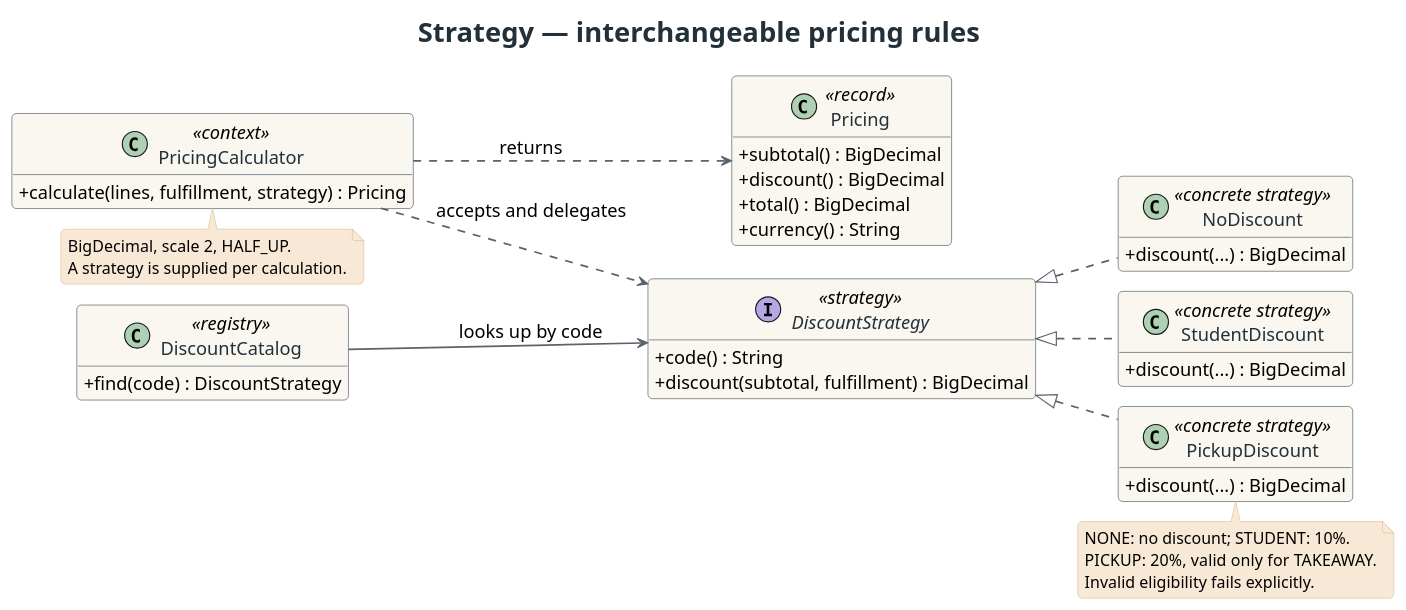
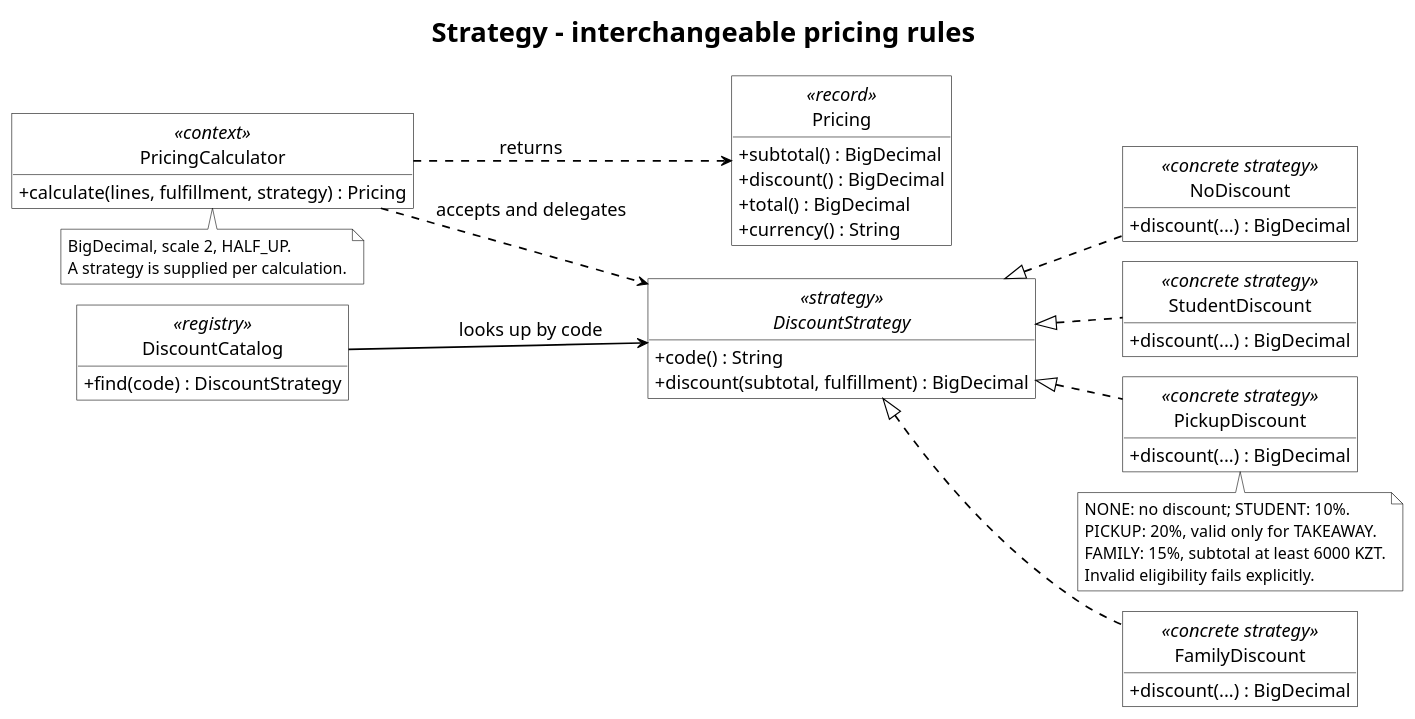
One commit to ANAYSSA/Final-Project-SDP changed the diagram in docs/uml/strategy.puml. Above: the diagram before and after it, drawn with PlantUML. The commit also changed 49 other files, not shown here.

```diff
--- a/docs/uml/strategy.puml
+++ b/docs/uml/strategy.puml
@@ -1,66 +1,74 @@
 @startuml
 !pragma layout smetana
 skinparam backgroundColor #FFFFFF
+skinparam monochrome true
+skinparam defaultFontColor #000000
+hide circle
 skinparam shadowing false
-skinparam roundcorner 8
+skinparam roundcorner 0
 skinparam defaultFontName SansSerif
 skinparam defaultFontSize 16
-skinparam ArrowColor #59636E
+skinparam ArrowColor #000000
 skinparam ArrowThickness 1.5
 skinparam classAttributeIconSize 0
-skinparam classBackgroundColor #FAF7F0
-skinparam classBorderColor #314047
-skinparam classFontColor #223139
-skinparam stereotypeFontColor #9A4F28
-skinparam noteBackgroundColor #F8E9D6
-skinparam noteBorderColor #D8B794
+skinparam classBackgroundColor #FFFFFF
+skinparam classBorderColor #000000
+skinparam classFontColor #000000
+skinparam stereotypeFontColor #000000
+skinparam noteBackgroundColor #FFFFFF
+skinparam noteBorderColor #000000
 skinparam noteFontSize 14
 skinparam titleFontSize 24
-skinparam titleFontColor #223139
+skinparam titleFontColor #000000
 skinparam packageStyle rectangle
 skinparam packageBackgroundColor #FFFFFF
-skinparam packageBorderColor #C8CED1
+skinparam packageBorderColor #000000
 hide empty members
-title Strategy — interchangeable pricing rules
+title Strategy - interchangeable pricing rules
 left to right direction
 class PricingCalculator <<context>> {
   + calculate(lines, fulfillment, strategy) : Pricing
 }
 interface DiscountStrategy <<strategy>> {
   + code() : String
   + discount(subtotal, fulfillment) : BigDecimal
 }
 class NoDiscount <<concrete strategy>> {
   + discount(...) : BigDecimal
 }
 class StudentDiscount <<concrete strategy>> {
   + discount(...) : BigDecimal
 }
 class PickupDiscount <<concrete strategy>> {
   + discount(...) : BigDecimal
 }
+class FamilyDiscount <<concrete strategy>> {
+  + discount(...) : BigDecimal
+}
 class DiscountCatalog <<registry>> {
   + find(code) : DiscountStrategy
 }
 class Pricing <<record>> {
   + subtotal() : BigDecimal
   + discount() : BigDecimal
   + total() : BigDecimal
   + currency() : String
 }
 PricingCalculator ..> DiscountStrategy : accepts and delegates
 DiscountStrategy <|.. NoDiscount
 DiscountStrategy <|.. StudentDiscount
 DiscountStrategy <|.. PickupDiscount
+DiscountStrategy <|.. FamilyDiscount
 DiscountCatalog --> DiscountStrategy : looks up by code
 PricingCalculator ..> Pricing : returns
 note bottom of PickupDiscount
 NONE: no discount; STUDENT: 10%.
 PICKUP: 20%, valid only for TAKEAWAY.
+FAMILY: 15%, subtotal at least 6000 KZT.
 Invalid eligibility fails explicitly.
 end note
 note bottom of PricingCalculator
 BigDecimal, scale 2, HALF_UP.
 A strategy is supplied per calculation.
 end note
 @enduml
```
